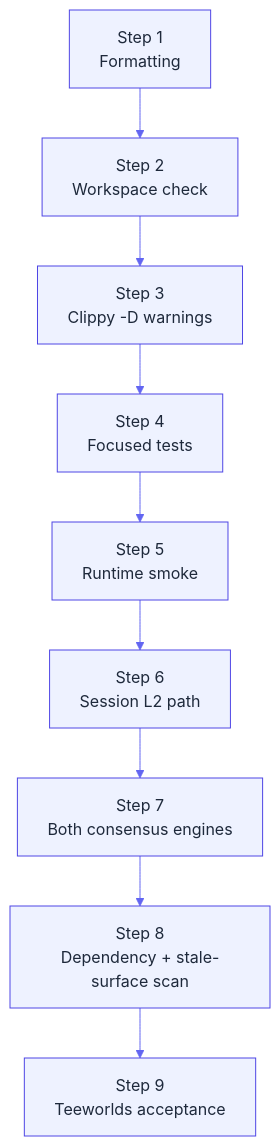
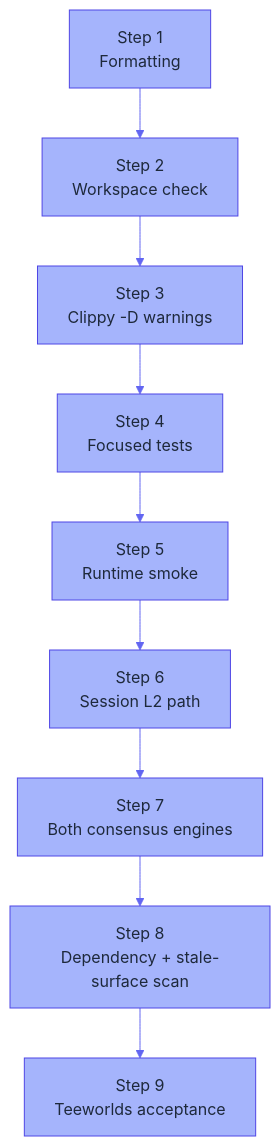
Before and after one commit to Myelin-Labs/Myelin: the diagram in docs/operations/production-gate.md, drawn with Mermaid. The commit also changed 31 other files, not shown here.

````diff
--- a/docs/operations/production-gate.md
+++ b/docs/operations/production-gate.md
@@ -21,27 +21,27 @@
 ```mermaid
 %%{init: {
   "theme": "base",
   "themeVariables": {
-    "primaryColor": "#EEF2FF",
+    "primaryColor": "#A5B4FC",
     "primaryTextColor": "#1E293B",
     "primaryBorderColor": "#4F46E5",
     "lineColor": "#6366F1",
-    "secondaryColor": "#E0E7FF",
+    "secondaryColor": "#C7D2FE",
     "tertiaryColor": "#C7D2FE"
   }
 }}%%
 flowchart TB
     A["Step 1<br/>Formatting"]:::step
     B["Step 2<br/>Workspace check"]:::step
     C["Step 3<br/>Clippy -D warnings"]:::step
     D["Step 4<br/>Focused tests"]:::step
     E["Step 5<br/>Runtime smoke"]:::step
     F["Step 6<br/>Session L2 path"]:::step
     G["Step 7<br/>Both consensus engines"]:::step
     H["Step 8<br/>Dependency + stale-surface scan"]:::step
     I["Step 9<br/>Teeworlds acceptance"]:::step
 
     A --> B --> C --> D --> E --> F --> G --> H --> I
 
-    classDef step fill:#EEF2FF,stroke:#4F46E5,color:#1E293B;
+    classDef step fill:#A5B4FC,stroke:#4F46E5,color:#1E293B;
 ```
````
